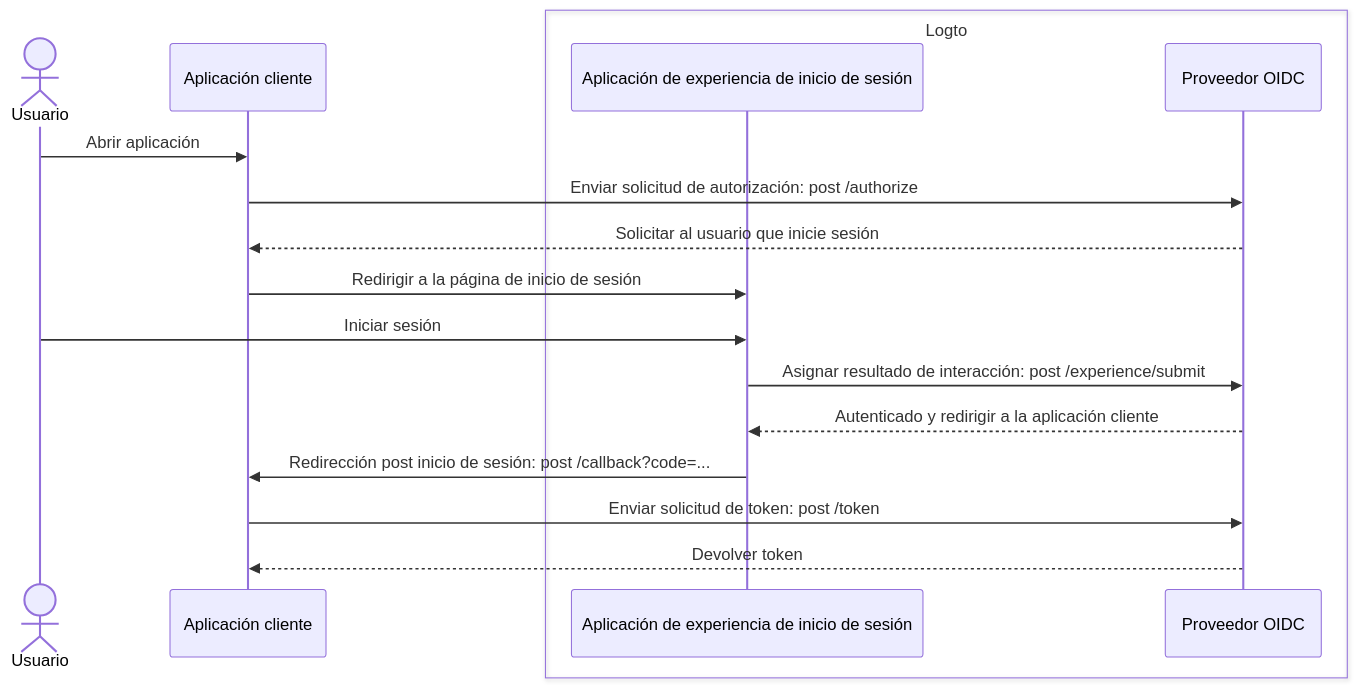
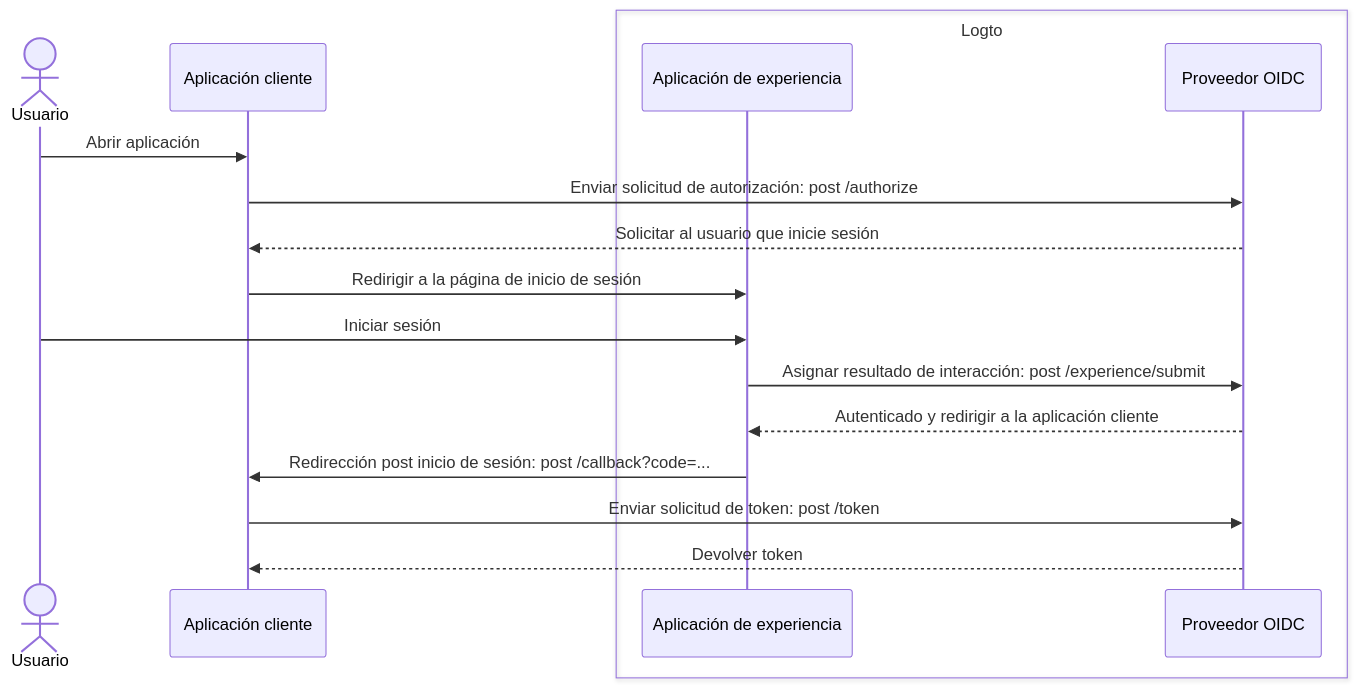
One commit to logto-io/docs changed the first of 2 diagrams in i18n/es/docusaurus-plugin-content-docs/current/end-user-flows/sign-up-and-sign-in/README.mdx. Above: the diagram before and after it, drawn with Mermaid. The commit also changed other lines of this file and 407 other files, not shown here.

````diff
--- a/i18n/es/docusaurus-plugin-content-docs/current/end-user-flows/sign-up-and-sign-in/README.mdx
+++ b/i18n/es/docusaurus-plugin-content-docs/current/end-user-flows/sign-up-and-sign-in/README.mdx
@@ -15,21 +15,21 @@
 ```mermaid
 sequenceDiagram
   actor user as Usuario
   participant client as Aplicación cliente
 
   box Logto
-    participant experience as Aplicación de experiencia de inicio de sesión
+    participant experience as Aplicación de experiencia
     participant oidc as Proveedor OIDC
   end
 
   user ->> client: Abrir aplicación
   client ->> oidc: Enviar solicitud de autorización: post /authorize
   oidc -->> client: Solicitar al usuario que inicie sesión
   client ->> experience: Redirigir a la página de inicio de sesión
   user ->> experience: Iniciar sesión
   experience ->> oidc: Asignar resultado de interacción: post /experience/submit
   oidc -->> experience: Autenticado y redirigir a la aplicación cliente
   experience ->> client: Redirección post inicio de sesión: post /callback?code=...
   client ->> oidc: Enviar solicitud de token: post /token
   oidc -->> client: Devolver token
 ```
````
